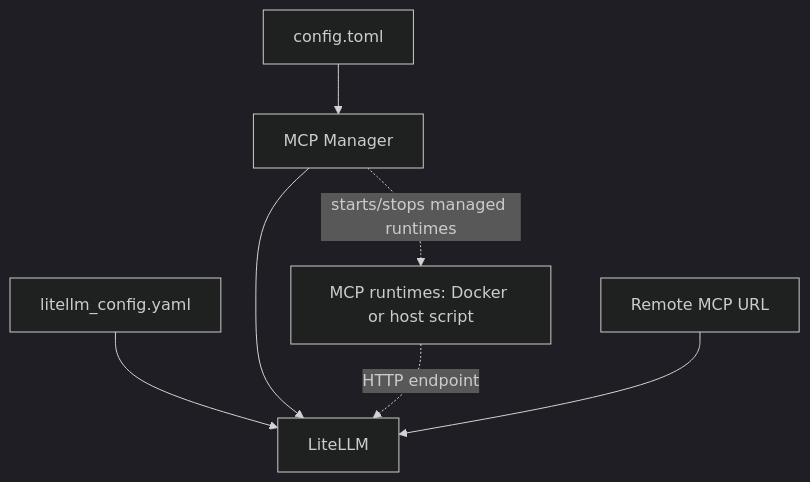
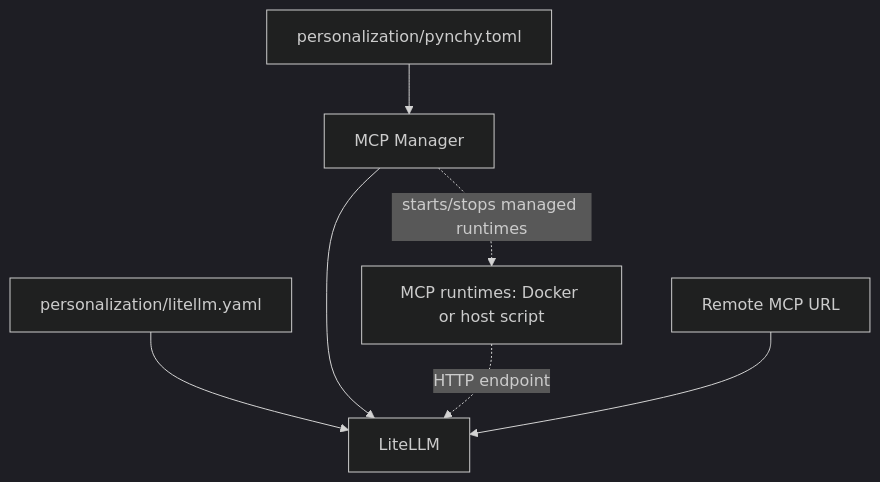
The diagram in docs/architecture/mcp-management.md (crypdick/pynchy), drawn with Mermaid (dark theme) before and after one commit. The commit also changed 83 other files, not shown here.

````diff
--- a/docs/architecture/mcp-management.md
+++ b/docs/architecture/mcp-management.md
@@ -7,9 +7,9 @@
 ```mermaid
 graph TB
-    Config["config.toml"] --> MCP["MCP Manager"]
-    LCFG["litellm_config.yaml"] --> LiteLLM["LiteLLM"]
+    Config["personalization/pynchy.toml"] --> MCP["MCP Manager"]
+    LCFG["personalization/litellm.yaml"] --> LiteLLM["LiteLLM"]
     MCP --> LiteLLM
     MCP -. "starts/stops managed runtimes" .-> MCPRuntime["MCP runtimes: Docker or host script"]
     MCPRuntime -. "HTTP endpoint" .-> LiteLLM
     Remote["Remote MCP URL"] --> LiteLLM
 ```
````
